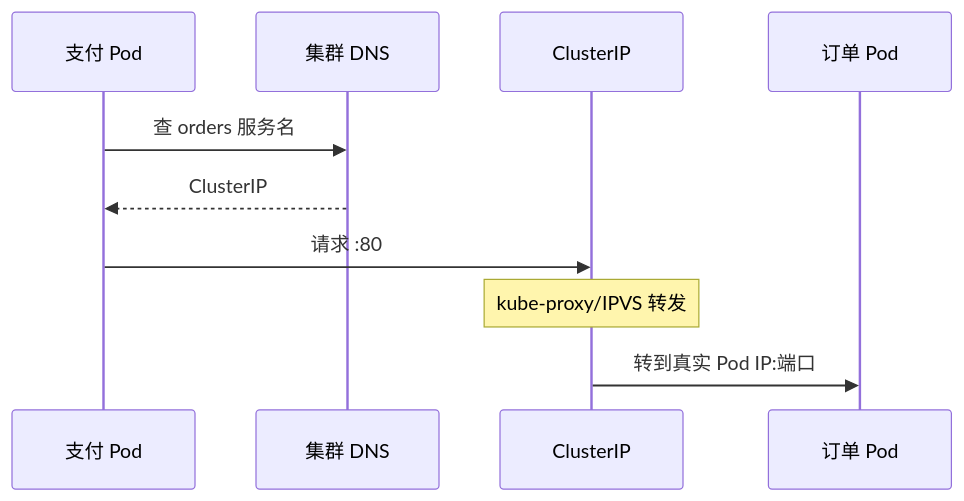
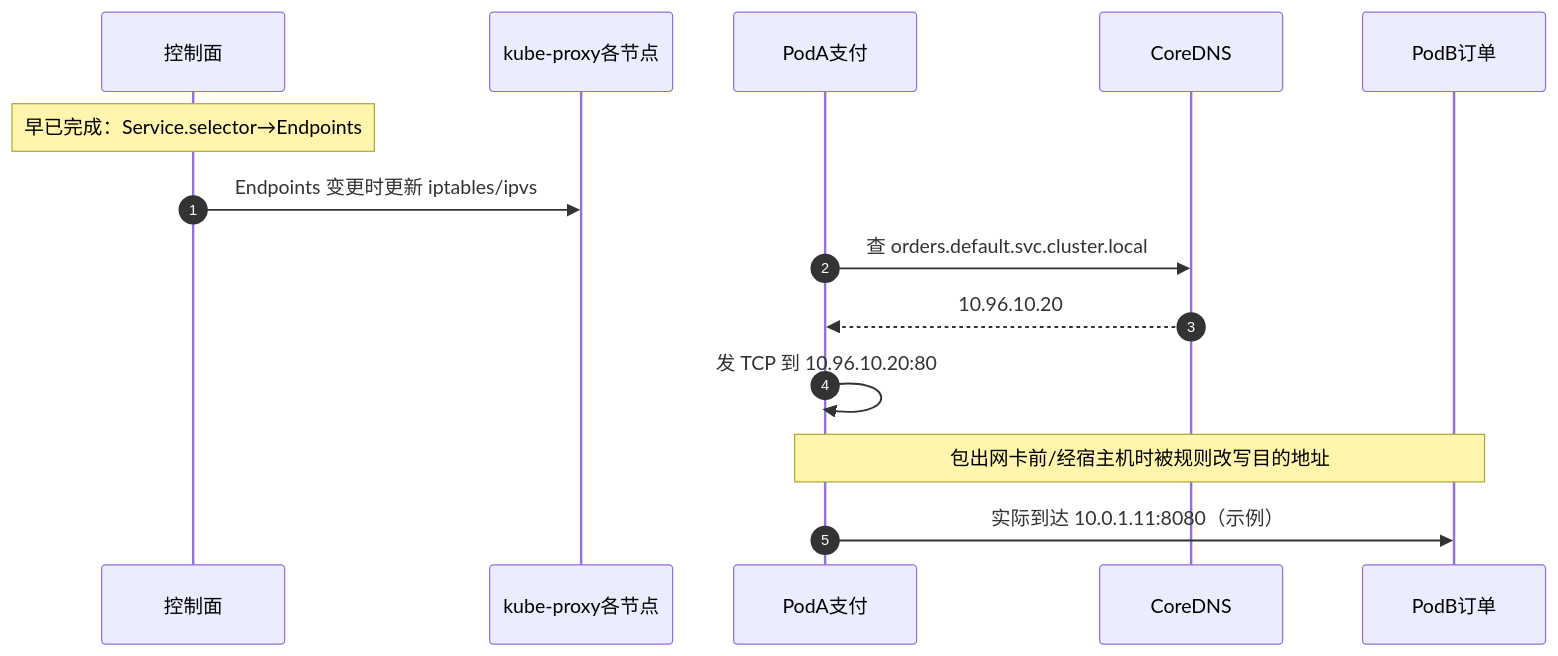
The second of 6 diagrams in notes/A-target/k8s-service-ingress.md (cityofwang/container-cloud-interview-prep), drawn with Mermaid before and after one commit. The commit also changed other lines of this file and 17 other files, not shown here.

````diff
--- a/notes/A-target/k8s-service-ingress.md
+++ b/notes/A-target/k8s-service-ingress.md
@@ -65,12 +185,18 @@
 ```mermaid
 sequenceDiagram
-  participant Pay as 支付 Pod
-  participant DNS as 集群 DNS
-  participant VIP as ClusterIP
-  participant Ord as 订单 Pod
-  Pay->>DNS: 查 orders 服务名
-  DNS-->>Pay: ClusterIP
-  Pay->>VIP: 请求 :80
-  Note over VIP: kube-proxy/IPVS 转发
-  VIP->>Ord: 转到真实 Pod IP:端口
+  autonumber
+  participant CM as 控制面
+  participant KP as kube-proxy各节点
+  participant A as PodA支付
+  participant DNS as CoreDNS
+  participant B as PodB订单
+
+  Note over CM: 早已完成：Service.selector→Endpoints
+  CM->>KP: Endpoints 变更时更新 iptables/ipvs
+
+  A->>DNS: 查 orders.default.svc.cluster.local
+  DNS-->>A: 10.96.10.20
+  A->>A: 发 TCP 到 10.96.10.20:80
+  Note over A,B: 包出网卡前/经宿主机时被规则改写目的地址
+  A->>B: 实际到达 10.0.1.11:8080（示例）
 ```
````
